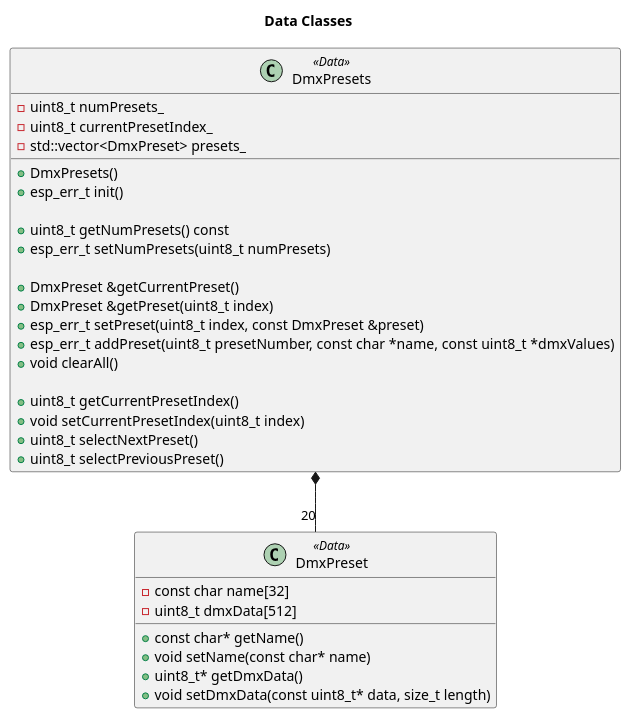
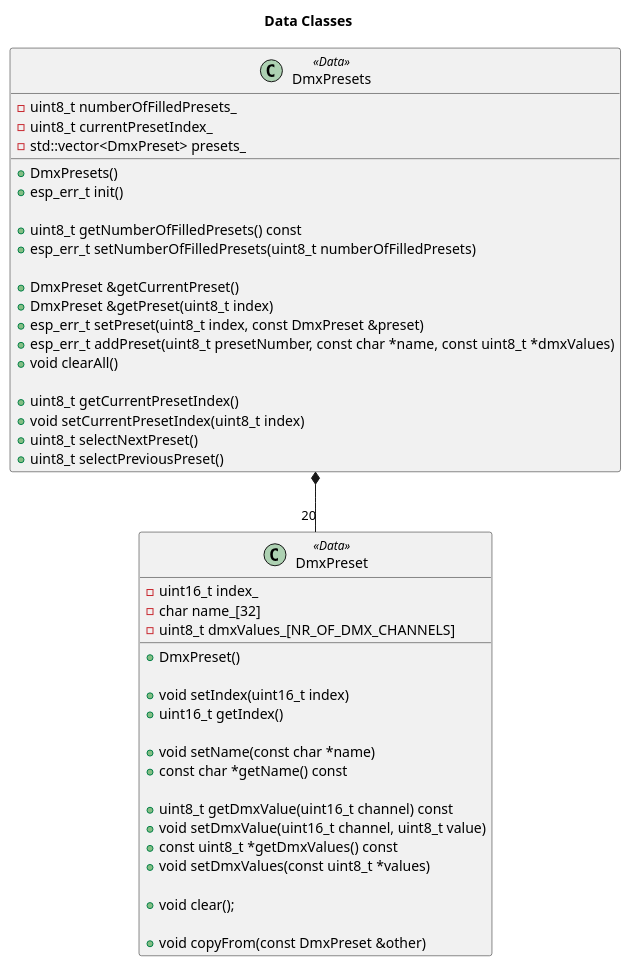
One commit to michelkeijzers/Esp32DmxController changed the second of 8 diagrams in Documentation/software_design.puml. Above: the diagram before and after it, drawn with PlantUML. The commit also changed other lines of this file and 19 other files, not shown here.

```diff
--- a/Documentation/software_design.puml
+++ b/Documentation/software_design.puml
@@ -94,40 +115,54 @@
 @startuml 
 title Data Classes
 
 class DmxPresets <<Data>>
 { 
     +DmxPresets()
     +esp_err_t init()
 
-    +uint8_t getNumPresets() const
-    +esp_err_t setNumPresets(uint8_t numPresets)
+    +uint8_t getNumberOfFilledPresets() const
+    +esp_err_t setNumberOfFilledPresets(uint8_t numberOfFilledPresets)
 
     +DmxPreset &getCurrentPreset()
     +DmxPreset &getPreset(uint8_t index)
     +esp_err_t setPreset(uint8_t index, const DmxPreset &preset)
     +esp_err_t addPreset(uint8_t presetNumber, const char *name, const uint8_t *dmxValues)
     +void clearAll()
 
     +uint8_t getCurrentPresetIndex()
     +void setCurrentPresetIndex(uint8_t index)
     +uint8_t selectNextPreset()
     +uint8_t selectPreviousPreset()
 
-    -uint8_t numPresets_
+    -uint8_t numberOfFilledPresets_
     -uint8_t currentPresetIndex_
     -std::vector<DmxPreset> presets_
 }
 
-
 class DmxPreset <<Data>> 
 {
-    +const char* getName()
-    +void setName(const char* name)
-    +uint8_t* getDmxData()
-    +void setDmxData(const uint8_t* data, size_t length)
-    -const char name[32]
-    -uint8_t dmxData[512]
+    +DmxPreset()
+
+    +void setIndex(uint16_t index)
+    +uint16_t getIndex() 
+
+    +void setName(const char *name)
+    +const char *getName() const
+
+    +uint8_t getDmxValue(uint16_t channel) const
+    +void setDmxValue(uint16_t channel, uint8_t value)
+    +const uint8_t *getDmxValues() const
+    +void setDmxValues(const uint8_t *values)
+
+    +void clear();
+
+    +void copyFrom(const DmxPreset &other)
+
+    -uint16_t index_
+    -char name_[32] 
+    -uint8_t dmxValues_[NR_OF_DMX_CHANNELS]
 }
+
 DmxPresets *-- "20" DmxPreset
 
 @enduml 
```
